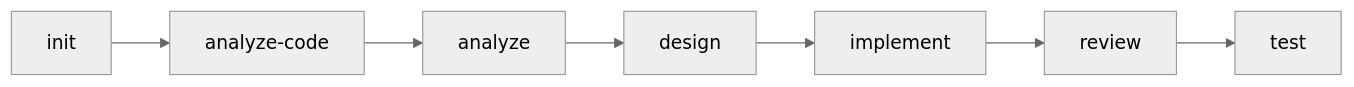
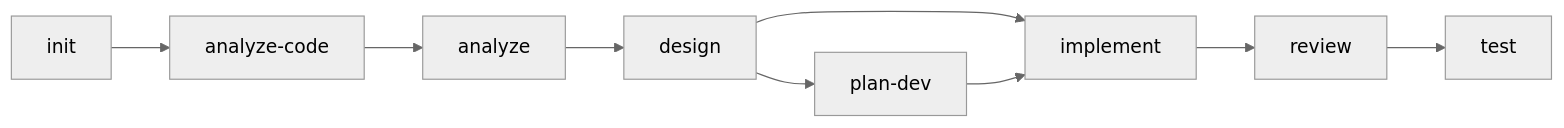
The diagram in sources/skills/mvt-help/business.md (uoyoCsharp/My-Virtual-TechTeam), drawn with Mermaid (neutral theme) before and after one commit. The commit also changed other lines of this file and 20 other files, not shown here.

````diff
--- a/sources/skills/mvt-help/business.md
+++ b/sources/skills/mvt-help/business.md
@@ -63,4 +66,7 @@
 ```mermaid
 flowchart LR
-    A[init] --> B[analyze-code] --> C[analyze] --> D[design] --> E[implement] --> F[review] --> G[test]
+    A[init] --> B[analyze-code] --> C[analyze] --> D[design] --> D2[plan-dev]
+    D --> E[implement]
+    D2 --> E
+    E --> F[review] --> G[test]
 ```
````
